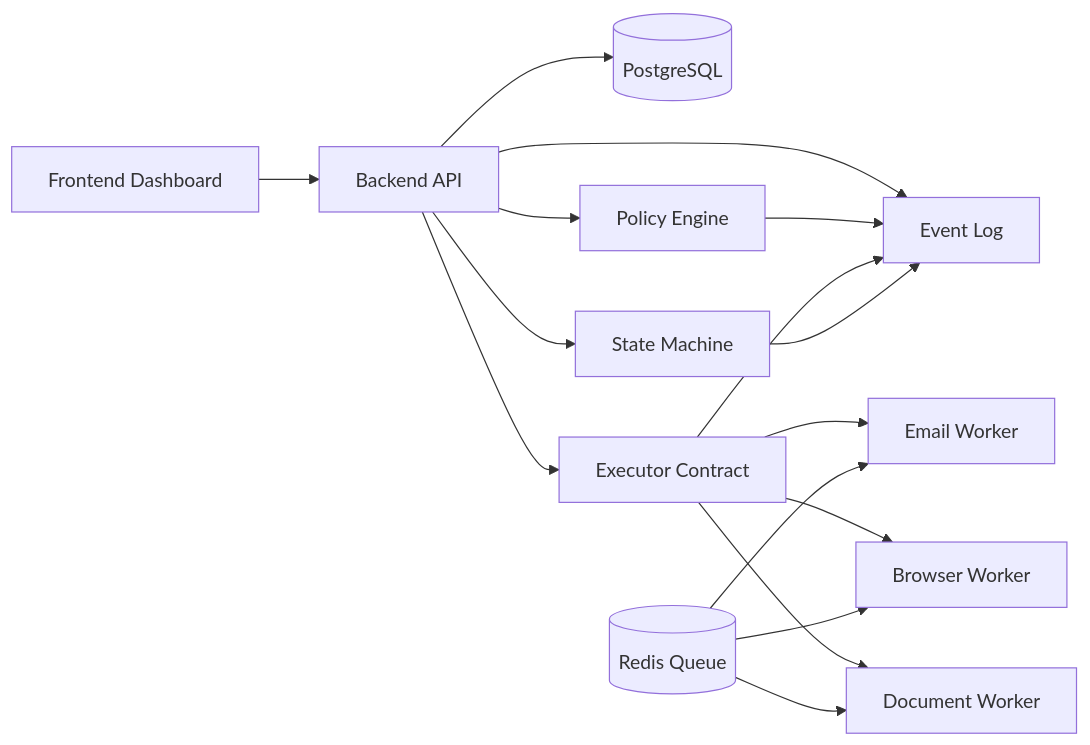
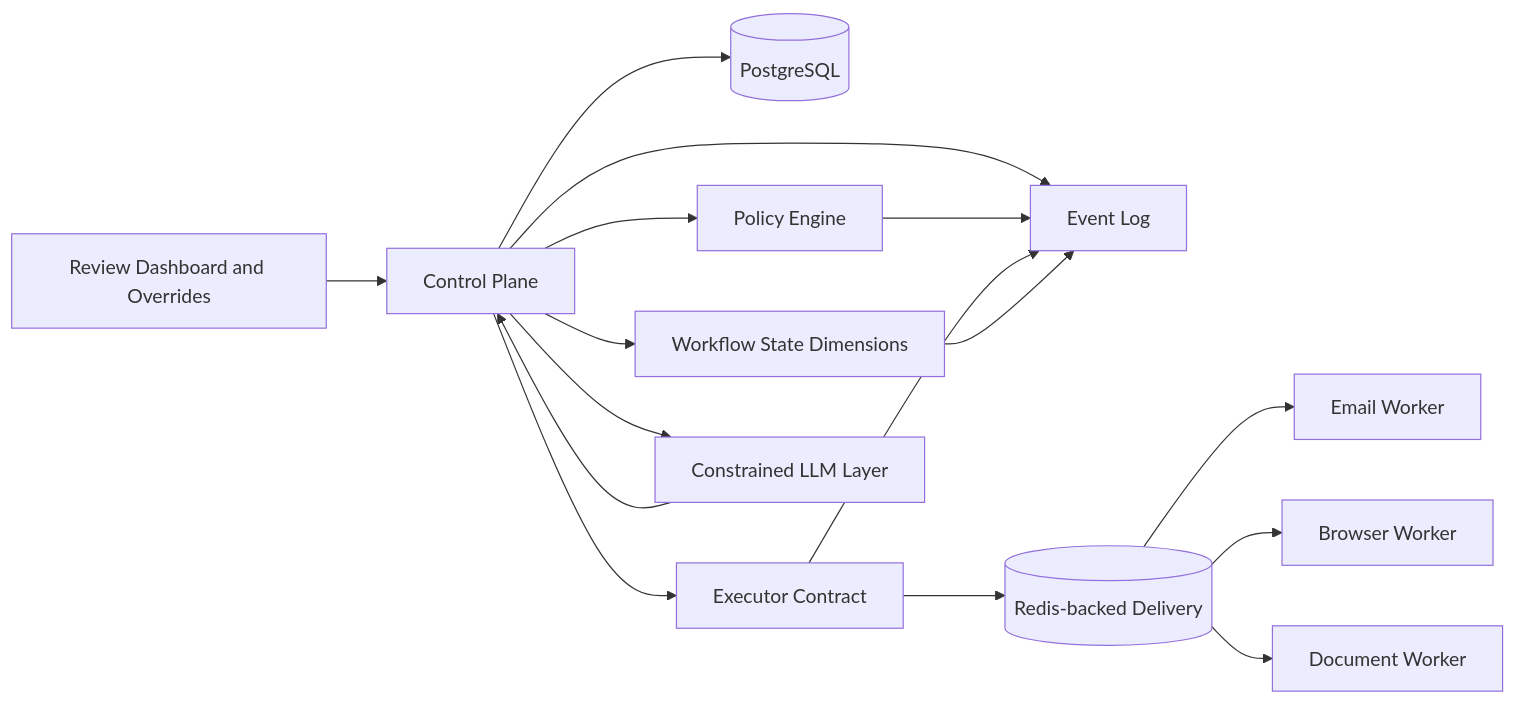
The second of 2 diagrams in docs/diagrams/component-diagram.md (NicolayBang/ApplyGo), drawn with Mermaid before and after one commit. The commit also changed other lines of this file and 10 other files, not shown here.

Commit message:
docs(architecture): add future contract readiness program

````diff
--- a/docs/diagrams/component-diagram.md
+++ b/docs/diagrams/component-diagram.md
@@ -3,21 +25,21 @@
 ```mermaid
 flowchart LR
-    UI[Frontend Dashboard] --> API[Backend API]
+    UI[Review Dashboard and Overrides] --> API[Control Plane]
     API --> DB[(PostgreSQL)]
     API --> POL[Policy Engine]
-    API --> SM[State Machine]
+    API --> SM[Workflow State Dimensions]
     API --> EVT[Event Log]
     API --> EXE[Executor Contract]
+    API --> LLM[Constrained LLM Layer]
 
-    EXE --> W1[Email Worker]
-    EXE --> W2[Browser Worker]
-    EXE --> W3[Document Worker]
+    EXE --> Q[(Redis-backed Delivery)]
+    Q --> W1[Email Worker]
+    Q --> W2[Browser Worker]
+    Q --> W3[Document Worker]
 
-    Q[(Redis Queue)] --> W1
-    Q --> W2
-    Q --> W3
+    LLM --> API
 
     POL --> EVT
     EXE --> EVT
     SM --> EVT
 ```
````
